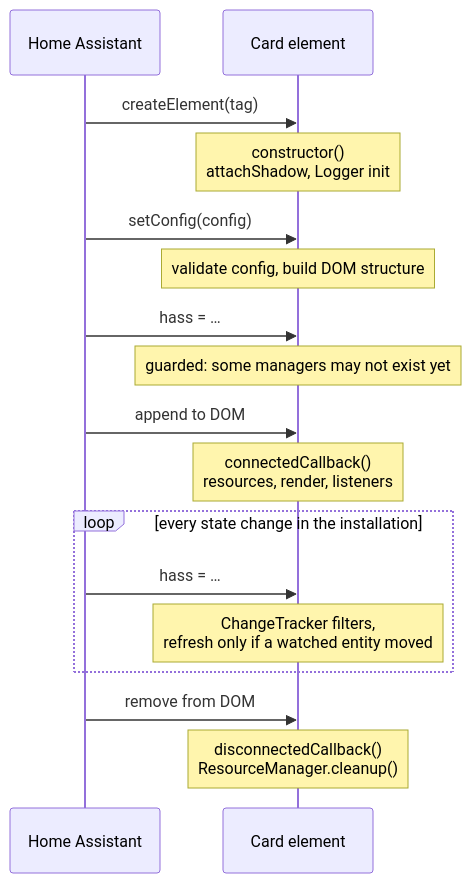
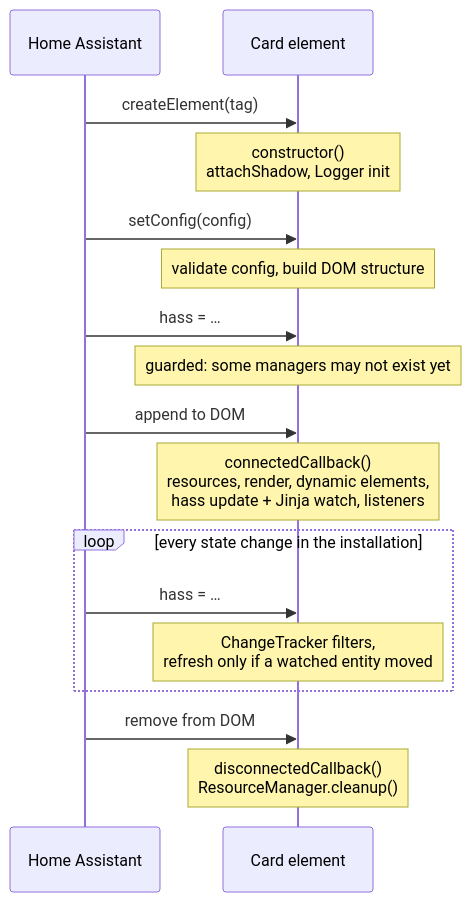
The third of 3 diagrams in docs/development.md (francois-le-ko4la/lovelace-entity-progress-card), drawn with Mermaid before and after one commit. The commit also changed other lines of this file and 10 other files, not shown here.

````diff
--- a/docs/development.md
+++ b/docs/development.md
@@ -335,19 +354,19 @@
 ```mermaid
 sequenceDiagram
     participant HA as Home Assistant
     participant El as Card element
     HA->>El: createElement(tag)
     Note over El: constructor()<br/>attachShadow, Logger init
     HA->>El: setConfig(config)
     Note over El: validate config, build DOM structure
     HA->>El: hass = …
     Note over El: guarded: some managers may not exist yet
     HA->>El: append to DOM
-    Note over El: connectedCallback()<br/>resources, render, listeners
+    Note over El: connectedCallback()<br/>resources, render, dynamic elements,<br/>hass update + Jinja watch, listeners
     loop every state change in the installation
         HA->>El: hass = …
         Note over El: ChangeTracker filters,<br/>refresh only if a watched entity moved
     end
     HA->>El: remove from DOM
     Note over El: disconnectedCallback()<br/>ResourceManager.cleanup()
 ```
````
